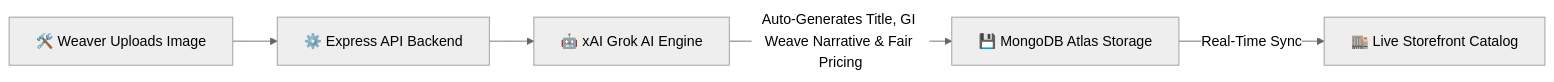
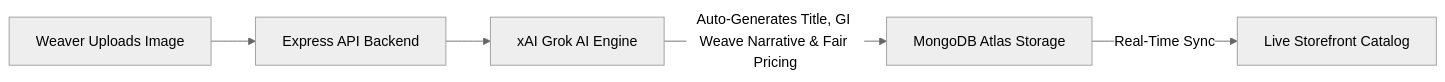
One commit to HardikMathur11/Adraya changed the second of 4 diagrams in README.md. Above: the diagram before and after it, drawn with Mermaid (neutral theme). The commit also changed other lines of this file, not shown here.

````diff
--- a/README.md
+++ b/README.md
@@ -159,7 +159,7 @@
 ```mermaid
 flowchart LR
-    A["🛠️ Weaver Uploads Image"] --> B["⚙️ Express API Backend"]
-    B --> C["🤖 xAI Grok AI Engine"]
-    C -->|Auto-Generates Title, GI Weave Narrative & Fair Pricing| D["💾 MongoDB Atlas Storage"]
-    D -->|Real-Time Sync| E["🏬 Live Storefront Catalog"]
+    A["Weaver Uploads Image"] --> B["Express API Backend"]
+    B --> C["xAI Grok AI Engine"]
+    C -->|Auto-Generates Title, GI Weave Narrative & Fair Pricing| D["MongoDB Atlas Storage"]
+    D -->|Real-Time Sync| E["Live Storefront Catalog"]
 ```
````
